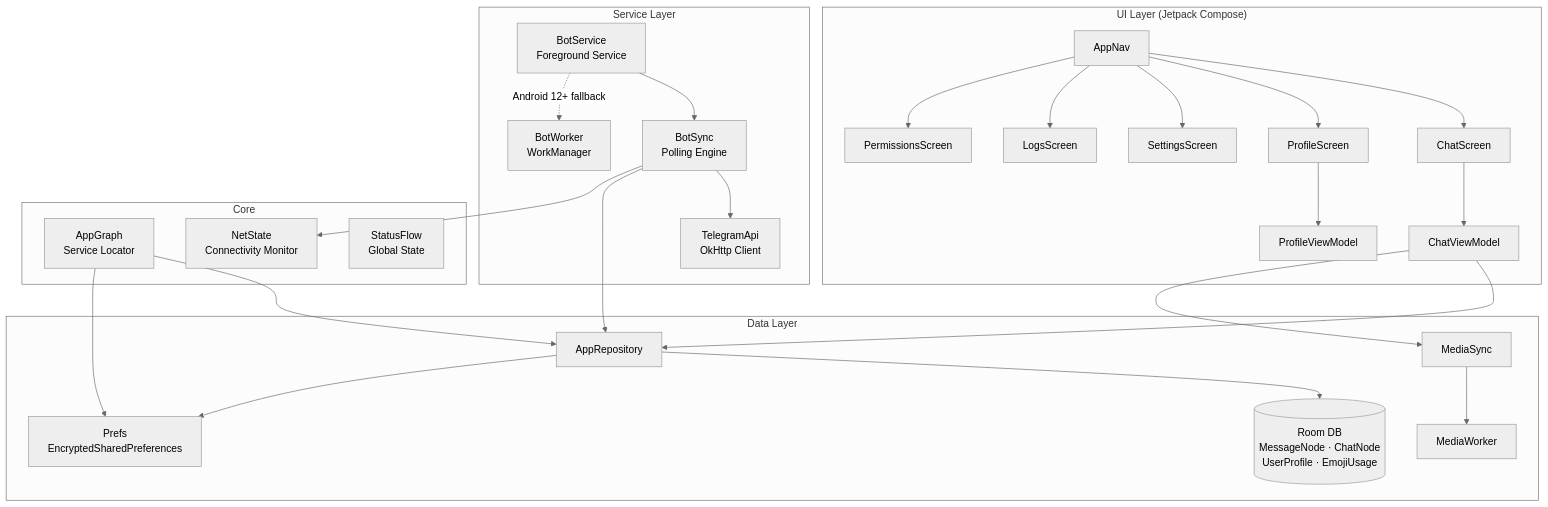
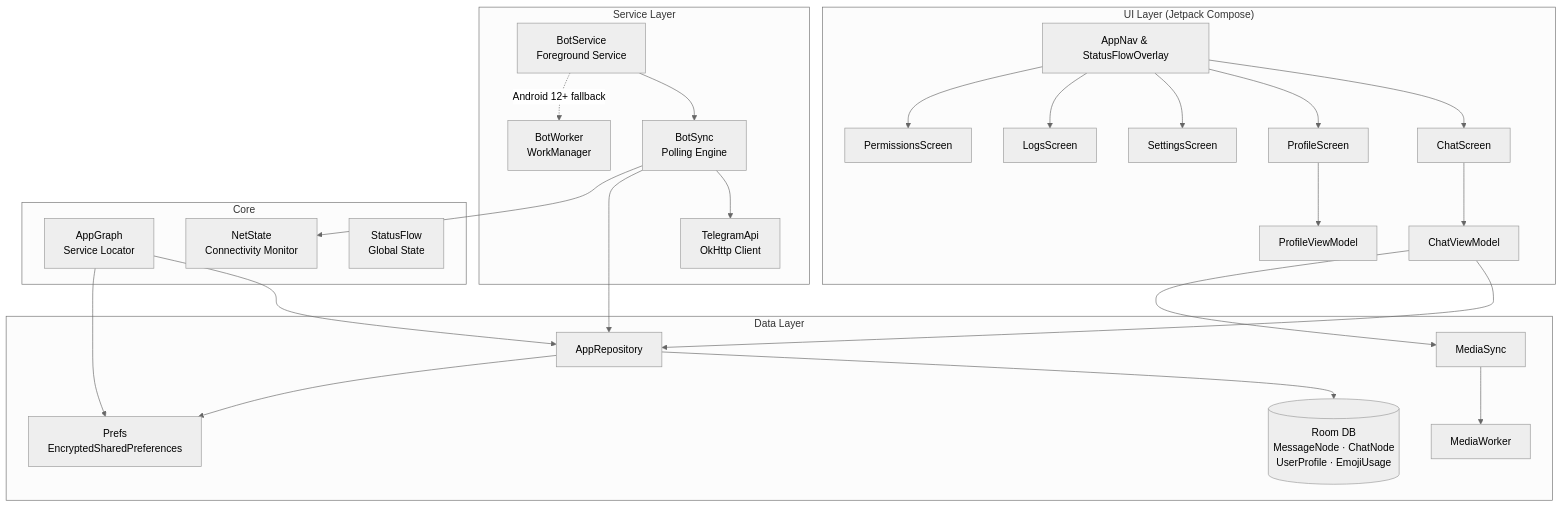
The third of 5 diagrams in docs/Architecture.md (sandeshsahu/superiorchat), drawn with Mermaid (neutral theme) before and after one commit. The commit also changed other lines of this file and 17 other files, not shown here.

````diff
--- a/docs/Architecture.md
+++ b/docs/Architecture.md
@@ -72,36 +72,36 @@
 ```mermaid
 graph TB
     subgraph "UI Layer (Jetpack Compose)"
-        NAV[AppNav] --> CS[ChatScreen]
+        NAV[AppNav & StatusFlowOverlay] --> CS[ChatScreen]
         NAV --> PS[ProfileScreen]
         NAV --> SS[SettingsScreen]
         NAV --> LS[LogsScreen]
         NAV --> PM[PermissionsScreen]
         CS --> CVM[ChatViewModel]
         PS --> PVM[ProfileViewModel]
     end
 
     subgraph "Service Layer"
         BS[BotService<br/>Foreground Service] --> SYNC[BotSync<br/>Polling Engine]
         SYNC --> API[TelegramApi<br/>OkHttp Client]
         BS -.->|"Android 12+ fallback"| BW[BotWorker<br/>WorkManager]
     end
 
     subgraph "Data Layer"
         REPO[AppRepository] --> DB[(Room DB<br/>MessageNode · ChatNode<br/>UserProfile · EmojiUsage)]
         REPO --> PREFS[Prefs<br/>EncryptedSharedPreferences]
         MS[MediaSync] --> MW[MediaWorker]
     end
 
     subgraph "Core"
         AG[AppGraph<br/>Service Locator] --> REPO
         AG --> PREFS
         NET[NetState<br/>Connectivity Monitor]
         SF[StatusFlow<br/>Global State]
     end
 
     CVM --> REPO
     CVM --> MS
     SYNC --> REPO
     SYNC --> NET
 ```
````
